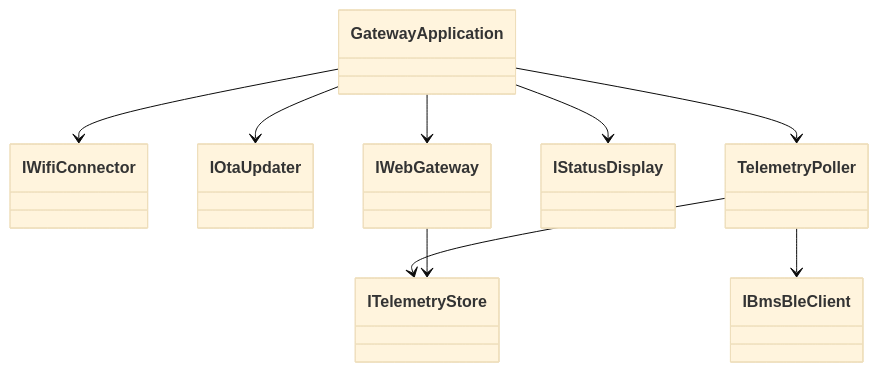
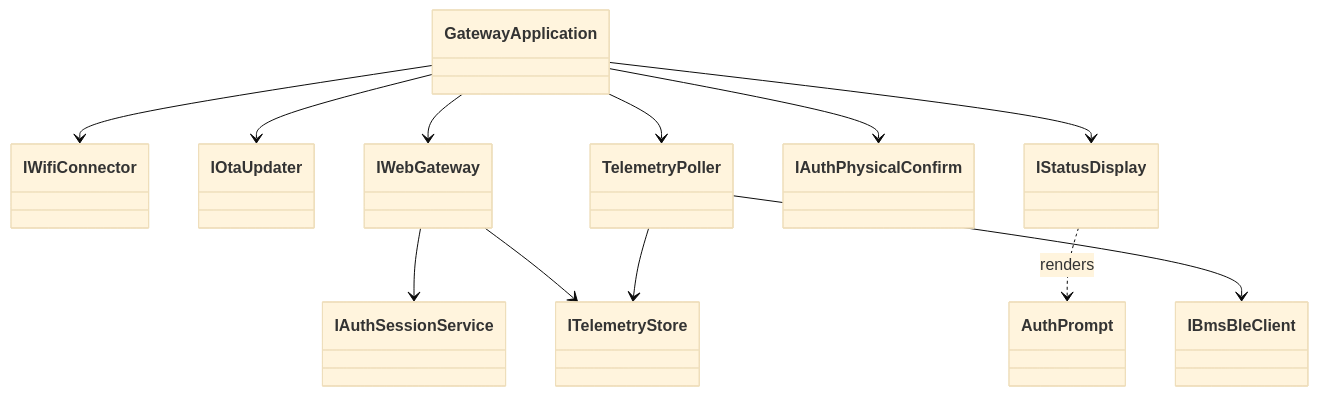
The third of 3 diagrams in README.md (Nutz95/WattcycleEsp32Gateway), drawn with Mermaid (base theme) before and after one commit. The commit also changed other lines of this file and 1 other file, not shown here.

First line of the commit message:
docs: sync README and AGENTS with auth ISP and layout

````diff
--- a/README.md
+++ b/README.md
@@ -270,20 +272,25 @@
 ```mermaid
 classDiagram
   class IBmsBleClient
   class ITelemetryStore
   class IWifiConnector
   class IOtaUpdater
   class IWebGateway
   class IStatusDisplay
+  class IAuthSessionService
+  class IAuthPhysicalConfirm
   class GatewayApplication
   class TelemetryPoller
 
   GatewayApplication --> IWifiConnector
   GatewayApplication --> IOtaUpdater
   GatewayApplication --> IWebGateway
   GatewayApplication --> IStatusDisplay
+  GatewayApplication --> IAuthPhysicalConfirm
   GatewayApplication --> TelemetryPoller
   TelemetryPoller --> IBmsBleClient
   TelemetryPoller --> ITelemetryStore
   IWebGateway --> ITelemetryStore
+  IWebGateway --> IAuthSessionService
+  IStatusDisplay ..> AuthPrompt : renders
 ```
````
